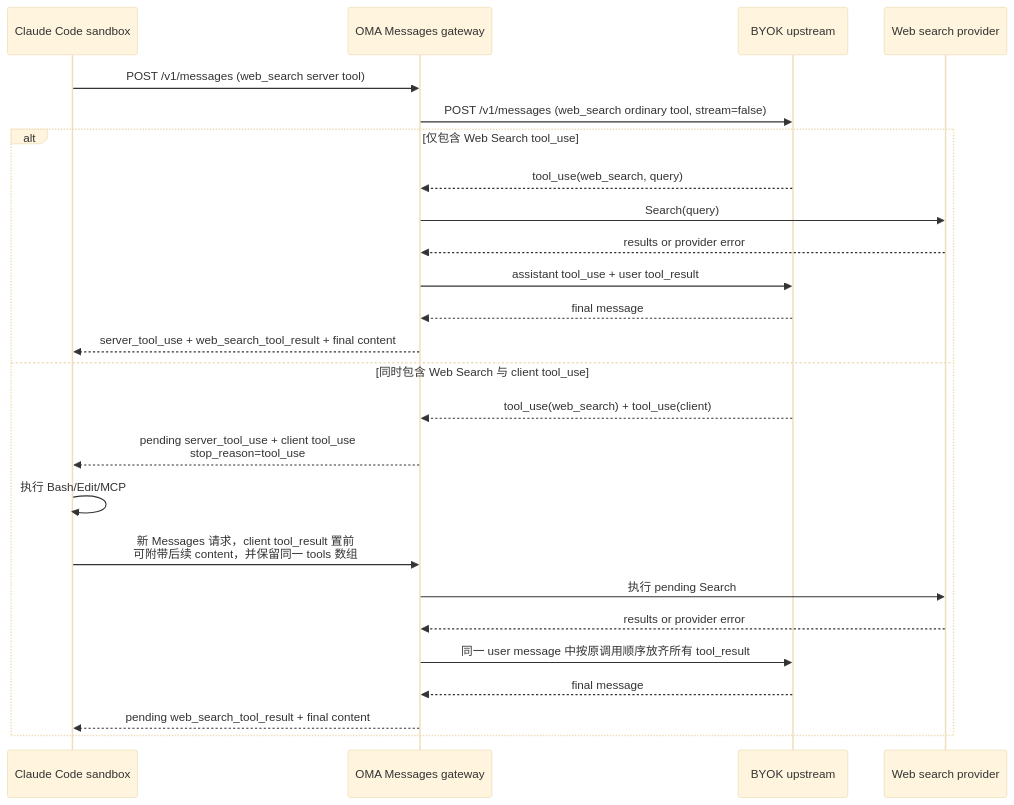
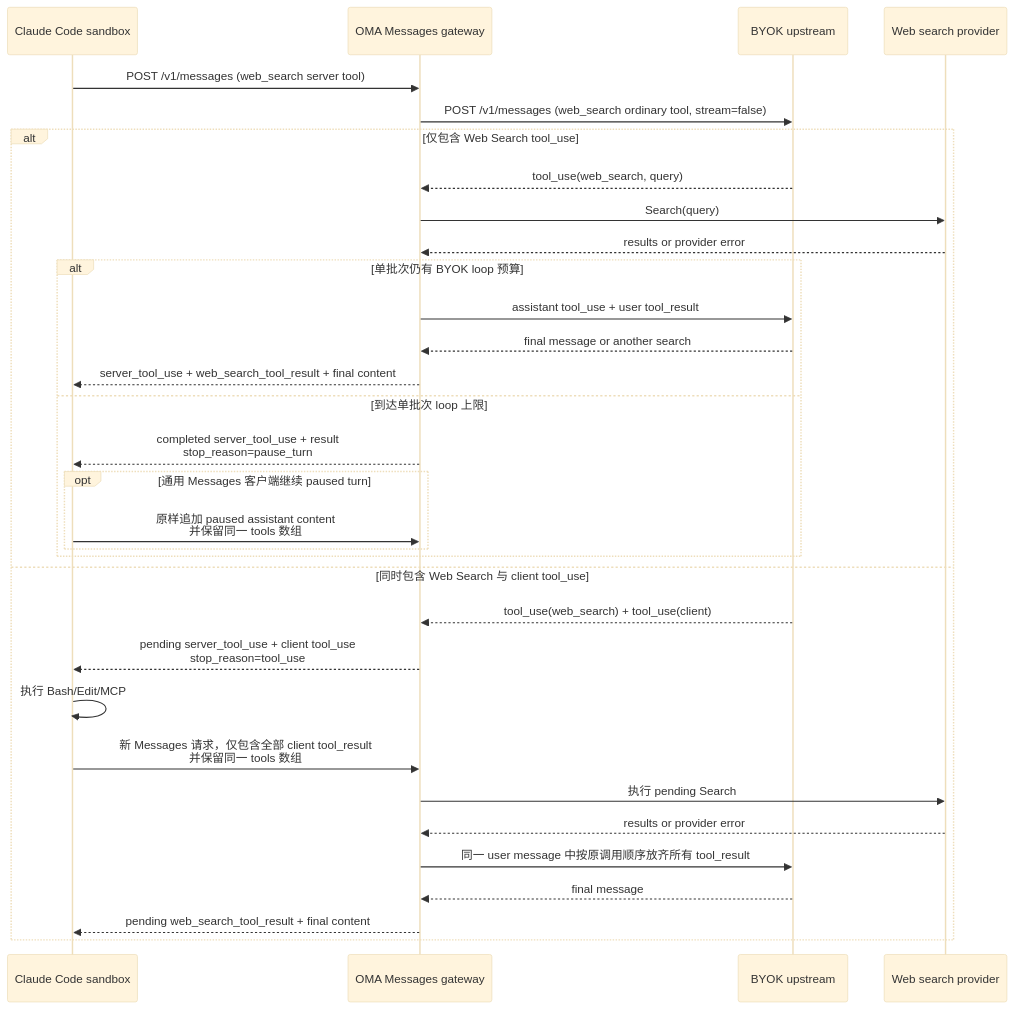
The first of 2 diagrams in docs/design/be/messages-proxy.md (Postroggy/open-managed-agents), drawn with Mermaid (base theme) before and after one commit. The commit also changed other lines of this file and 12 other files, not shown here.

Commit message:
fix(messages): complete Web Search continuation semantics

````diff
--- a/docs/design/be/messages-proxy.md
+++ b/docs/design/be/messages-proxy.md
@@ -30,28 +30,35 @@
 ```mermaid
 sequenceDiagram
     participant CC as Claude Code sandbox
     participant OMA as OMA Messages gateway
     participant BYOK as BYOK upstream
     participant Search as Web search provider
 
     CC->>OMA: POST /v1/messages (web_search server tool)
     OMA->>BYOK: POST /v1/messages (web_search ordinary tool, stream=false)
     alt 仅包含 Web Search tool_use
         BYOK-->>OMA: tool_use(web_search, query)
         OMA->>Search: Search(query)
         Search-->>OMA: results or provider error
-        OMA->>BYOK: assistant tool_use + user tool_result
-        BYOK-->>OMA: final message
-        OMA-->>CC: server_tool_use + web_search_tool_result + final content
+        alt 单批次仍有 BYOK loop 预算
+            OMA->>BYOK: assistant tool_use + user tool_result
+            BYOK-->>OMA: final message or another search
+            OMA-->>CC: server_tool_use + web_search_tool_result + final content
+        else 到达单批次 loop 上限
+            OMA-->>CC: completed server_tool_use + result<br/>stop_reason=pause_turn
+            opt 通用 Messages 客户端继续 paused turn
+                CC->>OMA: 原样追加 paused assistant content<br/>并保留同一 tools 数组
+            end
+        end
     else 同时包含 Web Search 与 client tool_use
         BYOK-->>OMA: tool_use(web_search) + tool_use(client)
         OMA-->>CC: pending server_tool_use + client tool_use<br/>stop_reason=tool_use
         CC->>CC: 执行 Bash/Edit/MCP
-        CC->>OMA: 新 Messages 请求，client tool_result 置前<br/>可附带后续 content，并保留同一 tools 数组
+        CC->>OMA: 新 Messages 请求，仅包含全部 client tool_result<br/>并保留同一 tools 数组
         OMA->>Search: 执行 pending Search
         Search-->>OMA: results or provider error
         OMA->>BYOK: 同一 user message 中按原调用顺序放齐所有 tool_result
         BYOK-->>OMA: final message
         OMA-->>CC: pending web_search_tool_result + final content
     end
 ```
````
